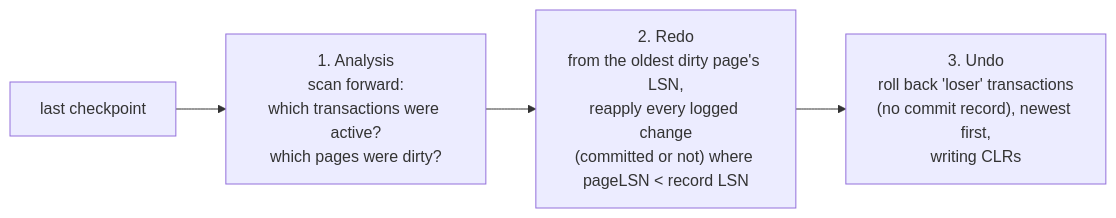
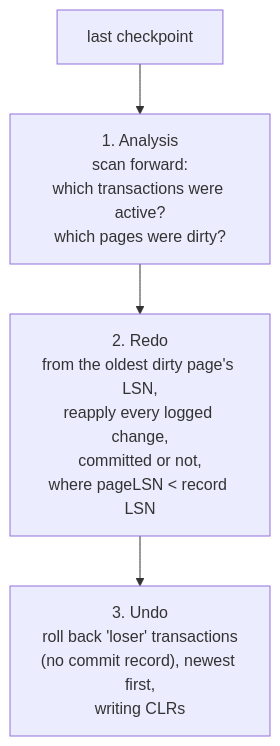
One commit to Siva010/CoreCS changed the diagram in content/lessons/db/db-crash-recovery.md. Above: the diagram before and after it, drawn with Mermaid. The commit also changed 54 other files, not shown here.

First line of the commit message:
Add diagrams to the database lessons and make them readable

````diff
--- a/content/lessons/db/db-crash-recovery.md
+++ b/content/lessons/db/db-crash-recovery.md
@@ -54,6 +54,6 @@
 ```mermaid
-flowchart LR
+flowchart TD
     CP["last checkpoint"] --> A["1. Analysis<br/>scan forward:<br/>which transactions were active?<br/>which pages were dirty?"]
-    A --> R["2. Redo<br/>from the oldest dirty page's LSN,<br/>reapply every logged change<br/>(committed or not) where pageLSN < record LSN"]
+    A --> R["2. Redo<br/>from the oldest dirty page's LSN,<br/>reapply every logged change,<br/>committed or not,<br/>where pageLSN < record LSN"]
     R --> U["3. Undo<br/>roll back 'loser' transactions<br/>(no commit record), newest first,<br/>writing CLRs"]
 ```
````
